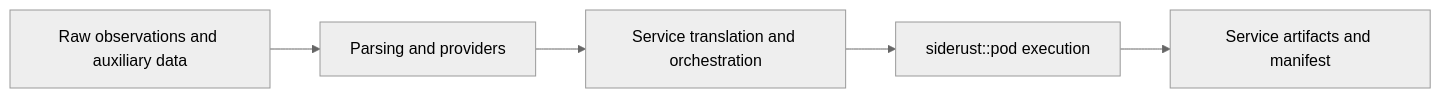
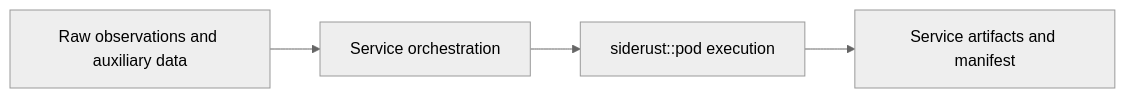
One commit to VPRamon/spod changed the second of 2 diagrams in docs/architecture/overview.md. Above: the diagram before and after it, drawn with Mermaid (neutral theme). The commit also changed other lines of this file and 71 other files, not shown here.

````diff
--- a/docs/architecture/overview.md
+++ b/docs/architecture/overview.md
@@ -41,7 +40,6 @@
 ```mermaid
 flowchart LR
-    RAW[Raw observations and auxiliary data] --> IO[Parsing and providers]
-    IO --> SVC[Service translation and orchestration]
+    RAW[Raw observations and auxiliary data] --> SVC[Service orchestration]
     SVC --> POD[siderust::pod execution]
     POD --> OUT[Service artifacts and manifest]
 ```
````
